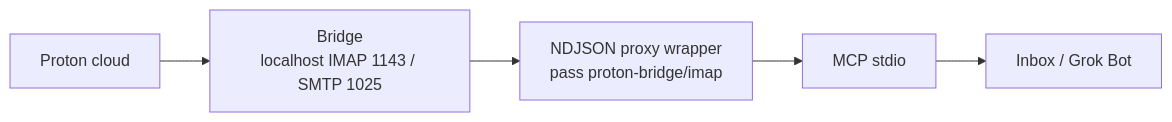
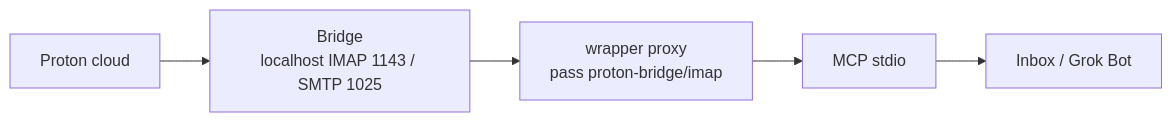
The first of 3 diagrams in README.md (elderibeiro/proton-mail-mcp-grokbot), drawn with Mermaid before and after one commit. The commit also changed other lines of this file, not shown here.

Commit message:
Match live harden: NDJSON proxy, folder gate default *, send still off

````diff
--- a/README.md
+++ b/README.md
@@ -22,7 +25,7 @@
 ```mermaid
 flowchart LR
   Cloud[Proton cloud] --> Bridge["Bridge<br/>localhost IMAP 1143 / SMTP 1025"]
-  Bridge --> Wrapper["NDJSON proxy wrapper<br/>pass proton-bridge/imap"]
+  Bridge --> Wrapper["wrapper proxy<br/>pass proton-bridge/imap"]
   Wrapper --> MCP[MCP stdio]
   MCP --> Inbox[Inbox / Grok Bot]
 ```
````
